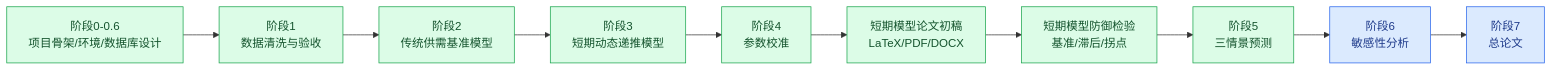
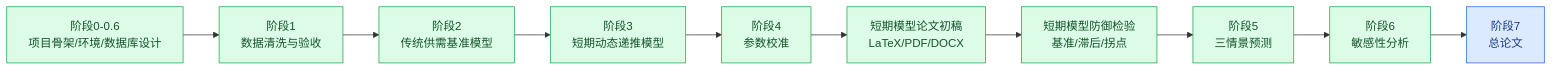
The diagram in STATUS.md (Timcai06/-A-), drawn with Mermaid before and after one commit. The commit also changed other lines of this file and 13 other files, not shown here.

````diff
--- a/STATUS.md
+++ b/STATUS.md
@@ -9,26 +9,26 @@
 ```mermaid
 flowchart LR
     S0["阶段0-0.6<br/>项目骨架/环境/数据库设计"] --> S1["阶段1<br/>数据清洗与验收"]
     S1 --> S2["阶段2<br/>传统供需基准模型"]
     S2 --> S3["阶段3<br/>短期动态递推模型"]
     S3 --> S4["阶段4<br/>参数校准"]
     S4 --> P0["短期模型论文初稿<br/>LaTeX/PDF/DOCX"]
     P0 --> D0["短期模型防御检验<br/>基准/滞后/拐点"]
     D0 --> S5["阶段5<br/>三情景预测"]
     S5 --> S6["阶段6<br/>敏感性分析"]
     S6 --> S7["阶段7<br/>总论文"]
 
     S0:::done
     S1:::done
     S2:::done
     S3:::done
     S4:::done
     P0:::done
     D0:::done
     S5:::done
-    S6:::next
+    S6:::done
     S7:::next
 
     classDef done fill:#dcfce7,stroke:#16a34a,color:#14532d
     classDef next fill:#dbeafe,stroke:#2563eb,color:#1e3a8a
 ```
````
